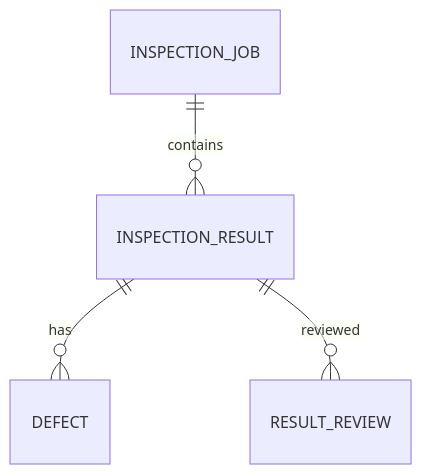
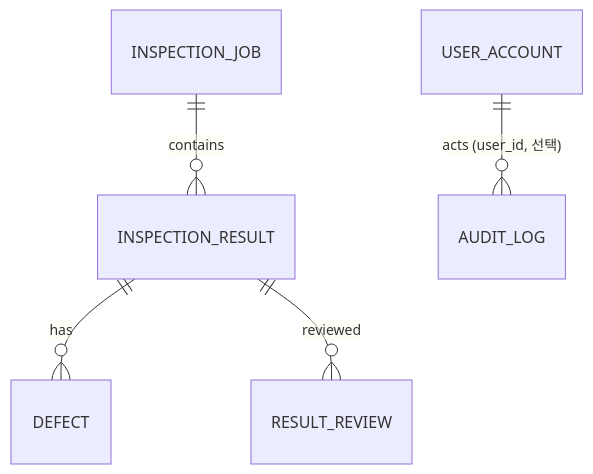
One commit to mycom0216/VisionQC changed the diagram in docs/04_데이터정의서.md. Above: the diagram before and after it, drawn with Mermaid. The commit also changed other lines of this file and 27 other files, not shown here.

````diff
--- a/docs/04_데이터정의서.md
+++ b/docs/04_데이터정의서.md
@@ -18,6 +18,7 @@
 ```mermaid
 erDiagram
     INSPECTION_JOB ||--o{ INSPECTION_RESULT : contains
     INSPECTION_RESULT ||--o{ DEFECT : has
     INSPECTION_RESULT ||--o{ RESULT_REVIEW : reviewed
+    USER_ACCOUNT ||--o{ AUDIT_LOG : "acts (user_id, 선택)"
 ```
````
